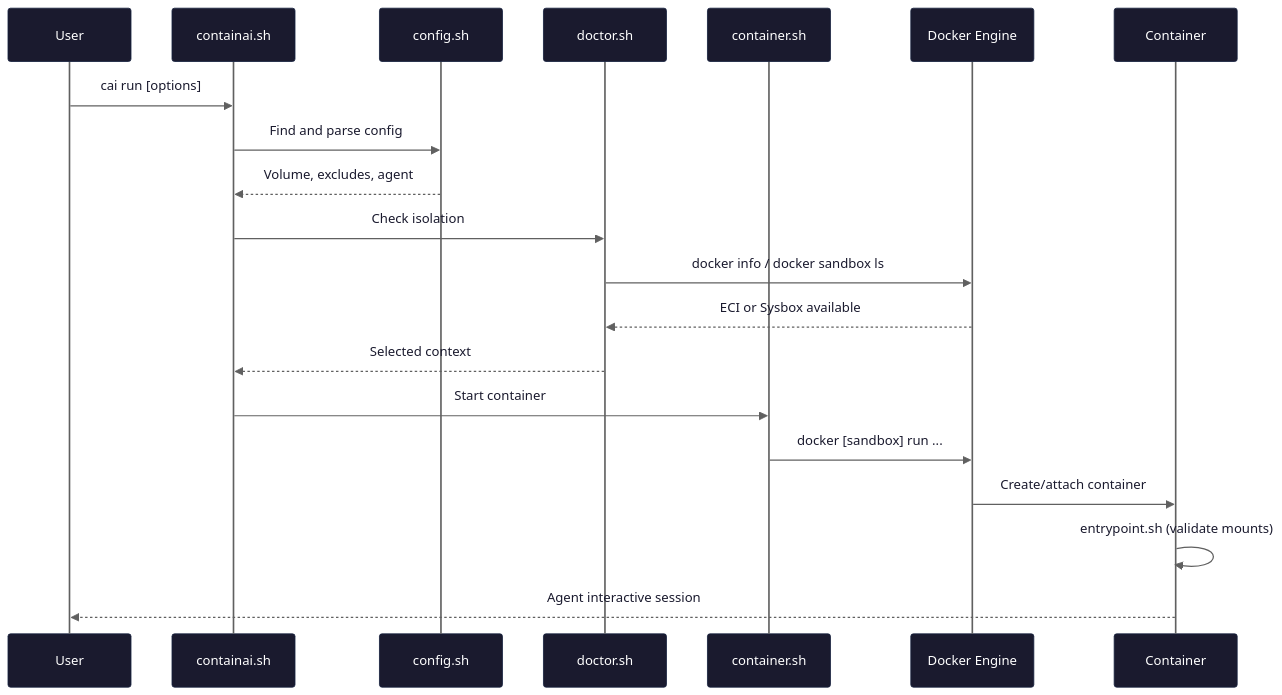
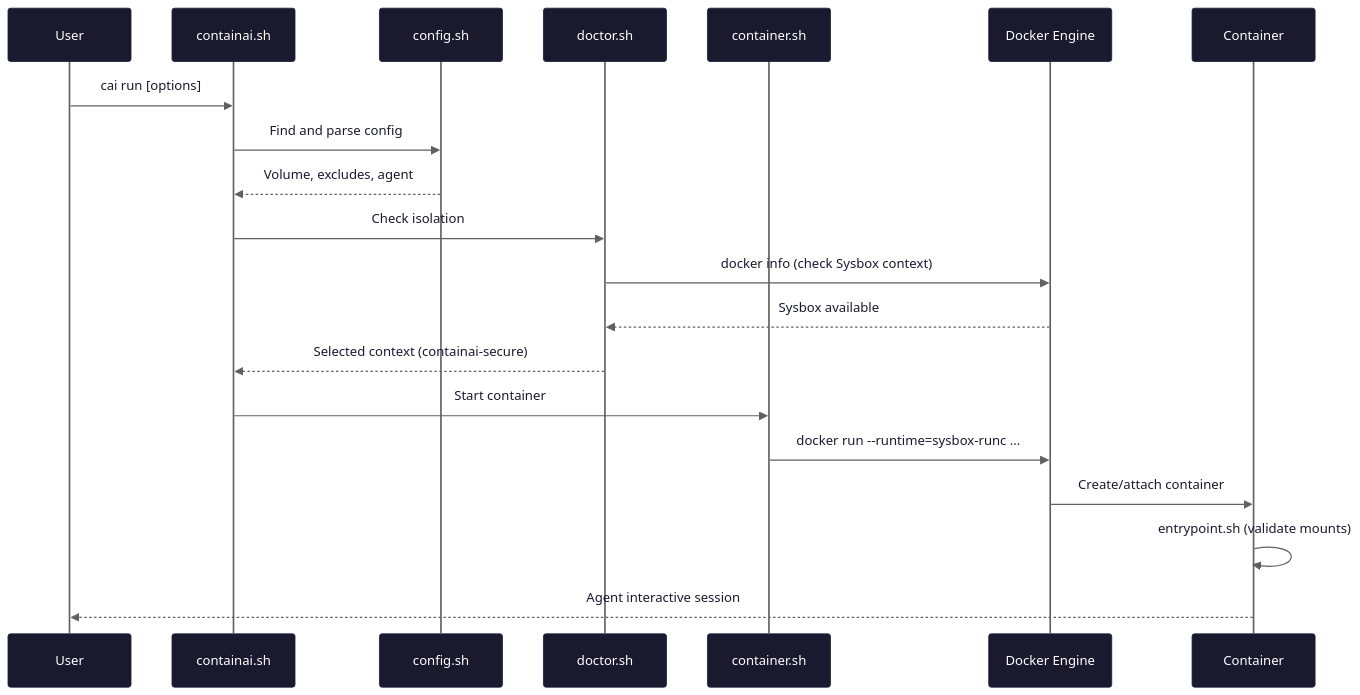
Before and after one commit to novotnyllc/ContainAI: the fifth of 8 diagrams in docs/architecture.md, drawn with Mermaid. The commit also changed other lines of this file and 2 other files, not shown here.

First line of the commit message:
fix(eci-removal): address third round of review issues

````diff
--- a/docs/architecture.md
+++ b/docs/architecture.md
@@ -226,42 +223,42 @@
 ```mermaid
 %%{init: {'theme': 'base', 'themeVariables': {
   'background': '#f5f5f5',
   'actorBkg': '#1a1a2e',
   'actorTextColor': '#ffffff',
   'actorBorder': '#16213e',
   'actorLineColor': '#606060',
   'signalColor': '#606060',
   'signalTextColor': '#1a1a2e',
   'labelBoxBkgColor': '#0f3460',
   'labelBoxBorderColor': '#16213e',
   'labelTextColor': '#ffffff',
   'loopTextColor': '#1a1a2e',
   'noteBkgColor': '#0f3460',
   'noteTextColor': '#ffffff',
   'noteBorderColor': '#16213e',
   'activationBkgColor': '#16213e',
   'activationBorderColor': '#0f3460',
   'sequenceNumberColor': '#1a1a2e'
 }}}%%
 sequenceDiagram
     participant User
     participant CLI as containai.sh
     participant Config as config.sh
     participant Doctor as doctor.sh
     participant Container as container.sh
     participant Docker as Docker Engine
     participant Sandbox as Container
 
     User->>CLI: cai run [options]
     CLI->>Config: Find and parse config
     Config-->>CLI: Volume, excludes, agent
     CLI->>Doctor: Check isolation
-    Doctor->>Docker: docker info / docker sandbox ls
-    Docker-->>Doctor: ECI or Sysbox available
-    Doctor-->>CLI: Selected context
+    Doctor->>Docker: docker info (check Sysbox context)
+    Docker-->>Doctor: Sysbox available
+    Doctor-->>CLI: Selected context (containai-secure)
     CLI->>Container: Start container
-    Container->>Docker: docker [sandbox] run ...
+    Container->>Docker: docker run --runtime=sysbox-runc ...
     Docker->>Sandbox: Create/attach container
     Sandbox->>Sandbox: entrypoint.sh (validate mounts)
     Sandbox-->>User: Agent interactive session
 ```
````
